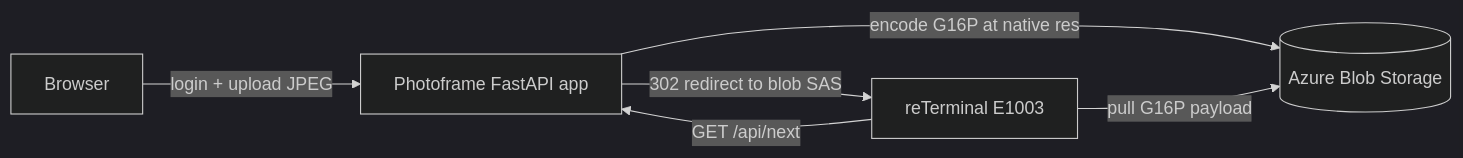
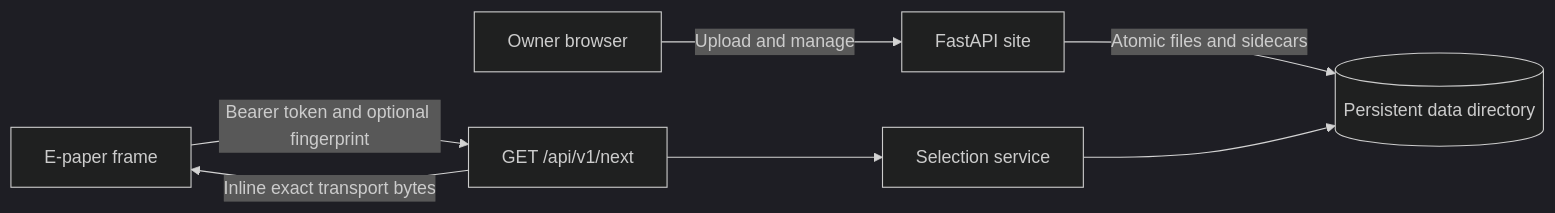
The diagram in tools/photoframe-site/README.md (jantielens/esp32-macropad), drawn with Mermaid (dark theme) before and after one commit. The commit also changed other lines of this file and 33 other files, not shown here.

First line of the commit message:
feat(photoframe-site): replace cloud service with local image delivery

````diff
--- a/tools/photoframe-site/README.md
+++ b/tools/photoframe-site/README.md
@@ -23,8 +23,9 @@
 ```mermaid
 flowchart LR
-    User[Browser] -->|login + upload JPEG| App[Photoframe FastAPI app]
-    App -->|encode G16P at native res| Blob[(Azure Blob Storage)]
-    Device[reTerminal E1003] -->|GET /api/next| App
-    App -->|302 redirect to blob SAS| Device
-    Device -->|pull G16P payload| Blob
+    Browser[Owner browser] -->|Upload and manage| App[FastAPI site]
+    App -->|Atomic files and sidecars| Data[(Persistent data directory)]
+    Frame[E-paper frame] -->|Bearer token and optional fingerprint| API[GET /api/v1/next]
+    API --> Selector[Selection service]
+    Selector --> Data
+    API -->|Inline exact transport bytes| Frame
 ```
````
